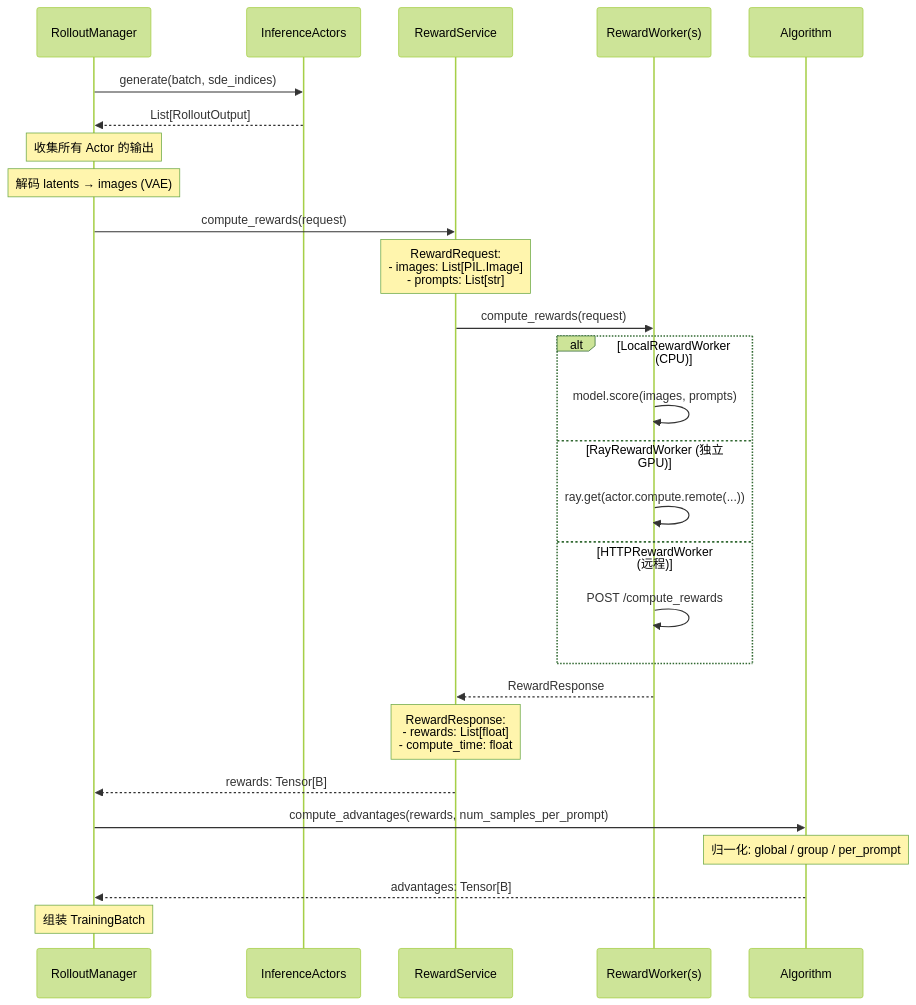
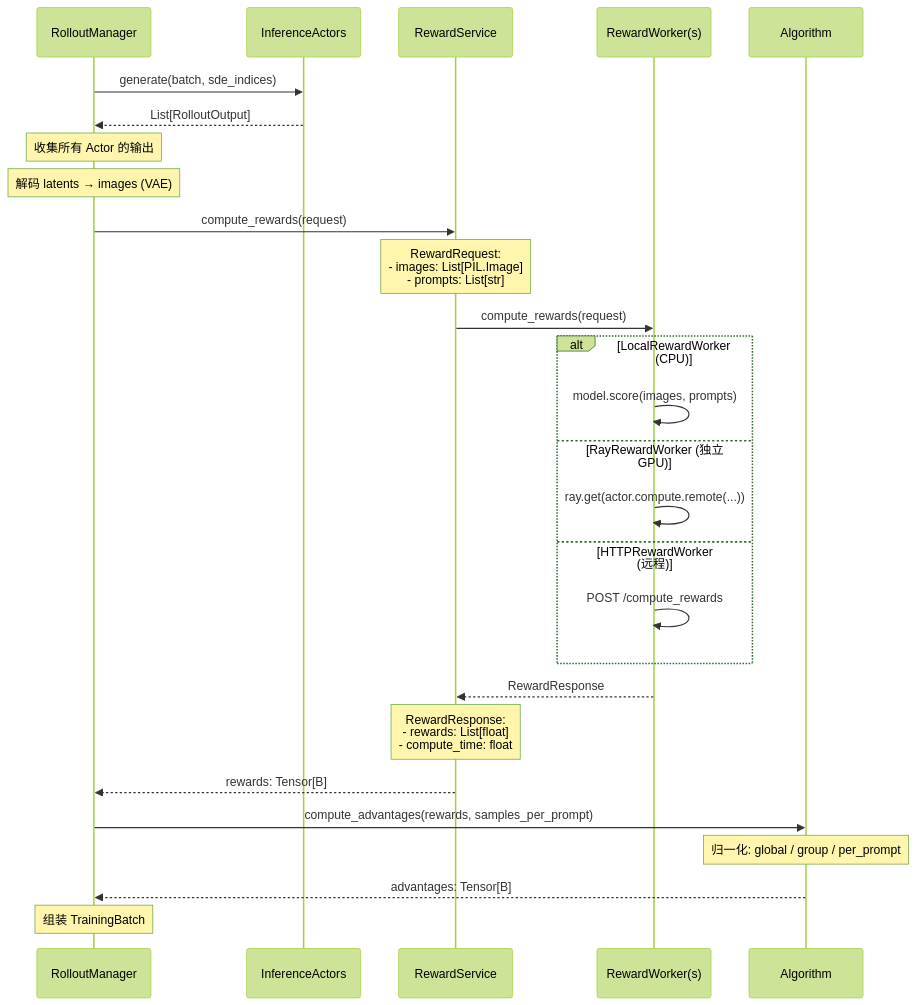
One commit to celve/unirl changed diagram 21 of 27 in docs/Diffusion_RL_Design_Analysis.md. Above: the diagram before and after it, drawn with Mermaid (forest theme). The commit also changed other lines of this file and 3 other files, not shown here.

Commit message:
docs: update architecture docs for refactored runtime

````diff
--- a/docs/Diffusion_RL_Design_Analysis.md
+++ b/docs/Diffusion_RL_Design_Analysis.md
@@ -2362,38 +2362,38 @@
 ```mermaid
 sequenceDiagram
     participant RM as RolloutManager
     participant IA as InferenceActors
     participant RS as RewardService
     participant RW as RewardWorker(s)
     participant Algo as Algorithm
 
     RM->>IA: generate(batch, sde_indices)
     IA-->>RM: List[RolloutOutput]
 
     Note over RM: 收集所有 Actor 的输出
     Note over RM: 解码 latents → images (VAE)
 
     RM->>RS: compute_rewards(request)
     Note over RS: RewardRequest:<br/>- images: List[PIL.Image]<br/>- prompts: List[str]
 
     RS->>RW: compute_rewards(request)
 
     alt LocalRewardWorker (CPU)
         RW->>RW: model.score(images, prompts)
     else RayRewardWorker (独立 GPU)
         RW->>RW: ray.get(actor.compute.remote(...))
     else HTTPRewardWorker (远程)
         RW->>RW: POST /compute_rewards
     end
 
     RW-->>RS: RewardResponse
     Note over RS: RewardResponse:<br/>- rewards: List[float]<br/>- compute_time: float
 
     RS-->>RM: rewards: Tensor[B]
 
-    RM->>Algo: compute_advantages(rewards, num_samples_per_prompt)
+    RM->>Algo: compute_advantages(rewards, samples_per_prompt)
     Note over Algo: 归一化: global / group / per_prompt
     Algo-->>RM: advantages: Tensor[B]
 
     Note over RM: 组装 TrainingBatch
 ```
````
